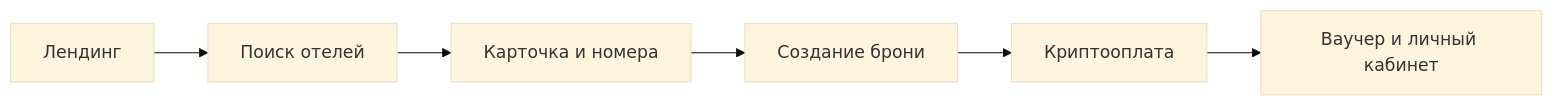
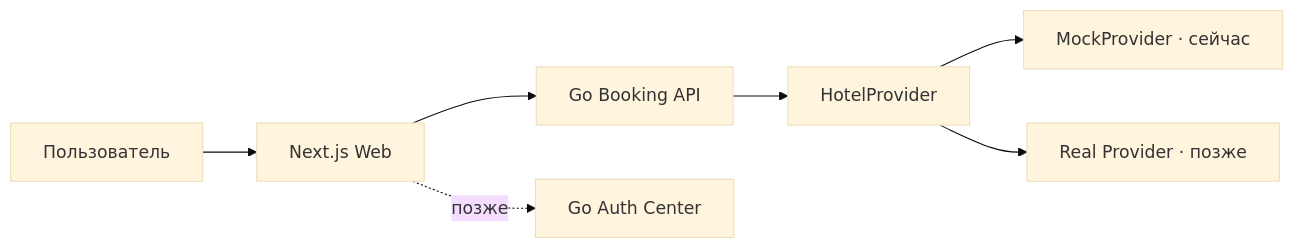
One commit to happycrew/travel_app changed the diagram in README.md. Above: the diagram before and after it, drawn with Mermaid (base theme). The commit also changed other lines of this file and 34 other files, not shown here.

Commit message:
feat: add hotel search mock backend

````diff
--- a/README.md
+++ b/README.md
@@ -112,8 +63,9 @@
 ```mermaid
 flowchart LR
-    A[Лендинг] --> B[Поиск отелей]
-    B --> C[Карточка и номера]
-    C --> D[Создание брони]
-    D --> E[Криптооплата]
-    E --> F[Ваучер и личный кабинет]
+    U[Пользователь] --> W[Next.js Web]
+    W --> B[Go Booking API]
+    B --> P[HotelProvider]
+    P --> M[MockProvider · сейчас]
+    P --> R[Real Provider · позже]
+    W -. позже .-> A[Go Auth Center]
 ```
````
